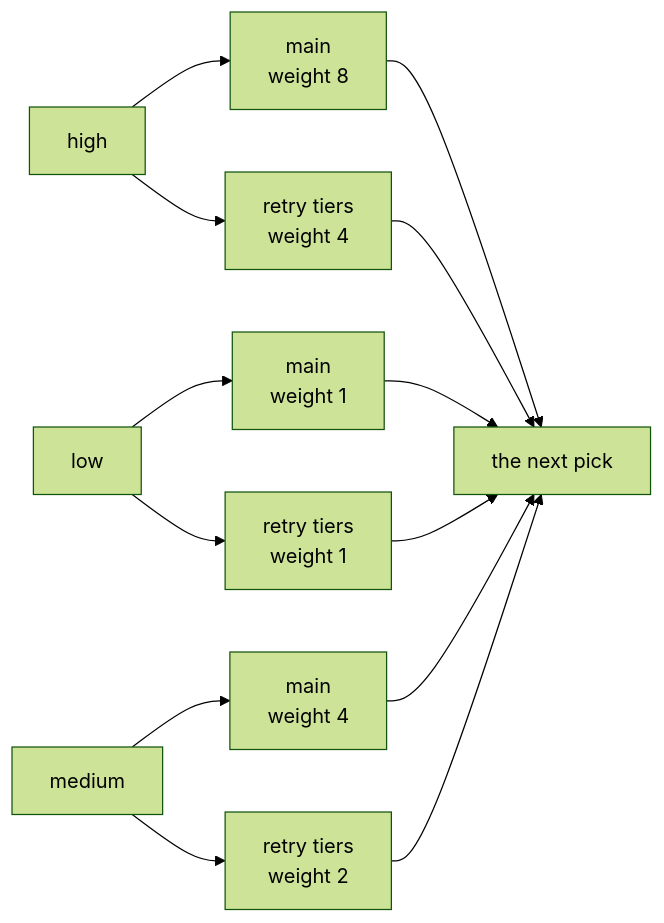
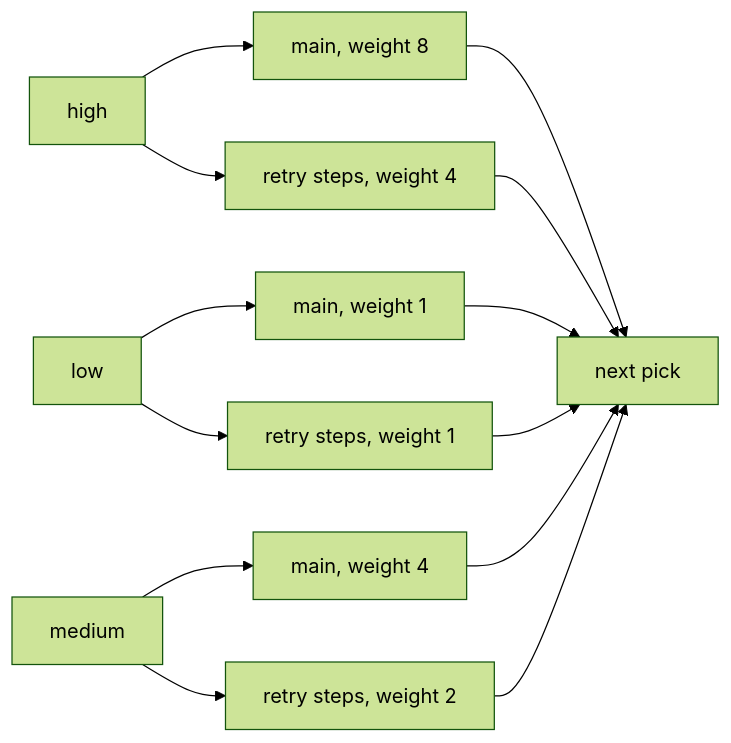
Before and after one commit to bktrung/edm_sdk: the diagram in docs/deep-dives/scheduler.md, drawn with Mermaid (forest theme). The commit also changed other lines of this file and 242 other files, not shown here.

````diff
--- a/docs/deep-dives/scheduler.md
+++ b/docs/deep-dives/scheduler.md
@@ -28,15 +15,15 @@
 ```mermaid
 flowchart LR
-    H[high] --> HM[main<br/>weight 8]
-    H --> HR[retry tiers<br/>weight 4]
-    L[low] --> LM[main<br/>weight 1]
-    L --> LR[retry tiers<br/>weight 1]
-    M[medium] --> MM[main<br/>weight 4]
-    M --> MR[retry tiers<br/>weight 2]
-    HM --> P[the next pick]
+    H[high] --> HM[main, weight 8]
+    H --> HR[retry steps, weight 4]
+    L[low] --> LM[main, weight 1]
+    L --> LR[retry steps, weight 1]
+    M[medium] --> MM[main, weight 4]
+    M --> MR[retry steps, weight 2]
+    HM --> P[next pick]
+    HR --> P
     LM --> P
+    LR --> P
     MM --> P
-    HR --> P
-    LR --> P
     MR --> P
 ```
````
